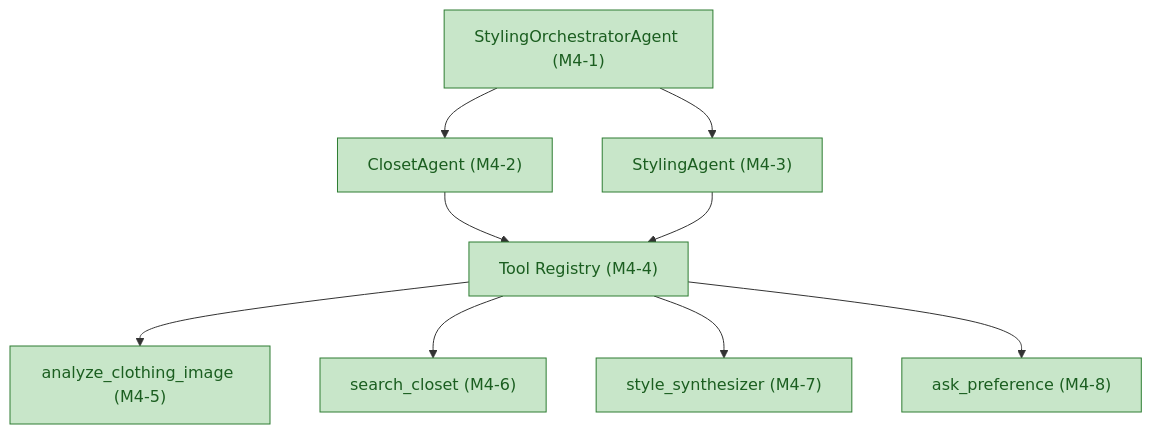
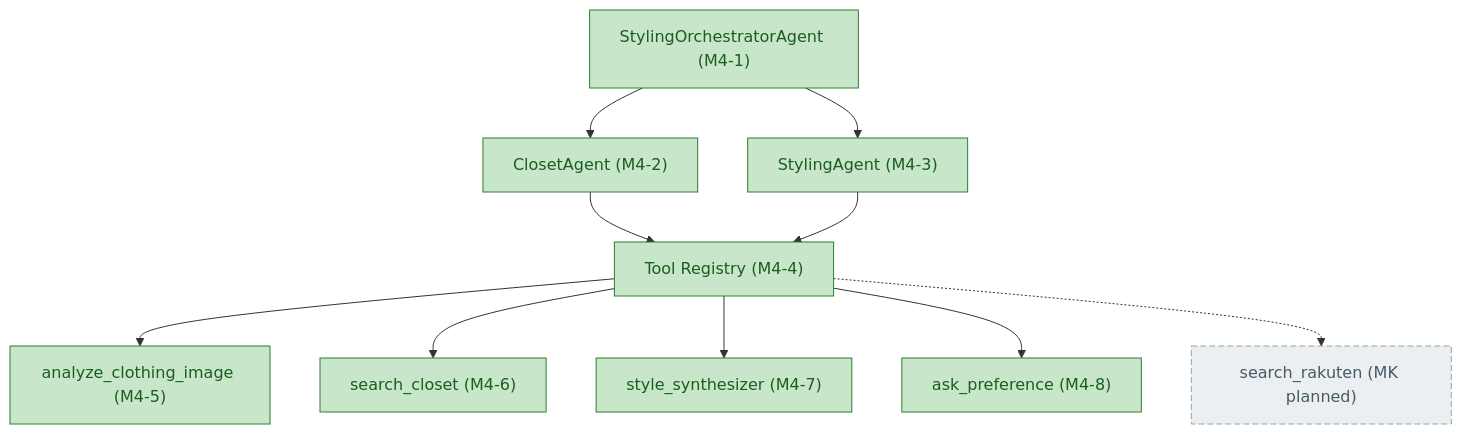
One commit to RanArino/gen-fashion changed the fourth of 8 diagrams in docs/architecture-overview.md. Above: the diagram before and after it, drawn with Mermaid. The commit also changed other lines of this file and 3 other files, not shown here.

First line of the commit message:
Update architecture overview and feature matrix for Phase 2 planning

````diff
--- a/docs/architecture-overview.md
+++ b/docs/architecture-overview.md
@@ -248,20 +278,24 @@
 ```mermaid
 flowchart TB
   orch["StylingOrchestratorAgent (M4-1)"]
   closet["ClosetAgent (M4-2)"]
   styling["StylingAgent (M4-3)"]
   reg["Tool Registry (M4-4)"]
   t1["analyze_clothing_image (M4-5)"]
   t2["search_closet (M4-6)"]
   t3["style_synthesizer (M4-7)"]
   t4["ask_preference (M4-8)"]
+  t5["search_rakuten (MK planned)"]
 
   orch --> closet
   orch --> styling
   closet --> reg
   styling --> reg
   reg --> t1 & t2 & t3 & t4
+  reg -.-> t5
 
   classDef done fill:#c8e6c9,stroke:#2e7d32,color:#1b5e20;
+  classDef todo fill:#eceff1,stroke:#90a4ae,color:#455a64,stroke-dasharray:6 3;
   class orch,closet,styling,reg,t1,t2,t3,t4 done;
+  class t5 todo;
 ```
````
